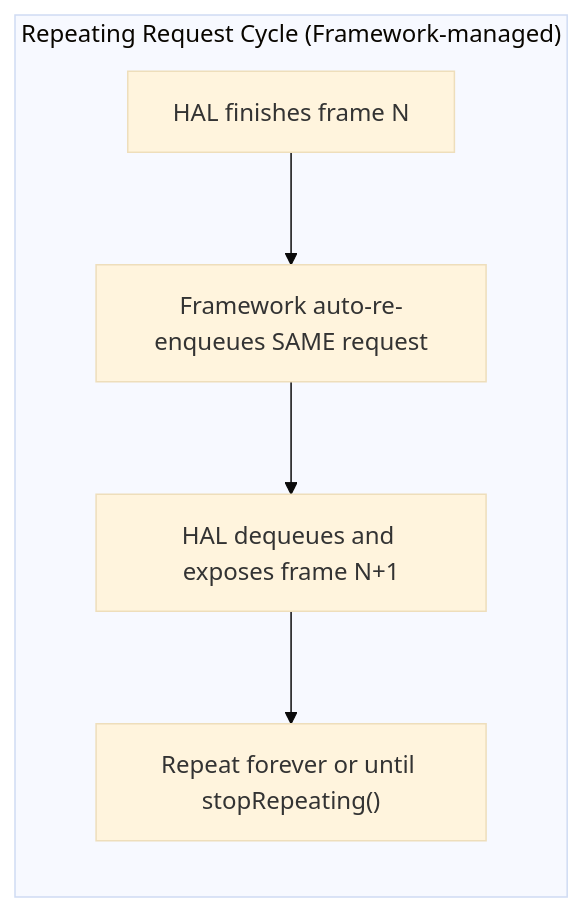
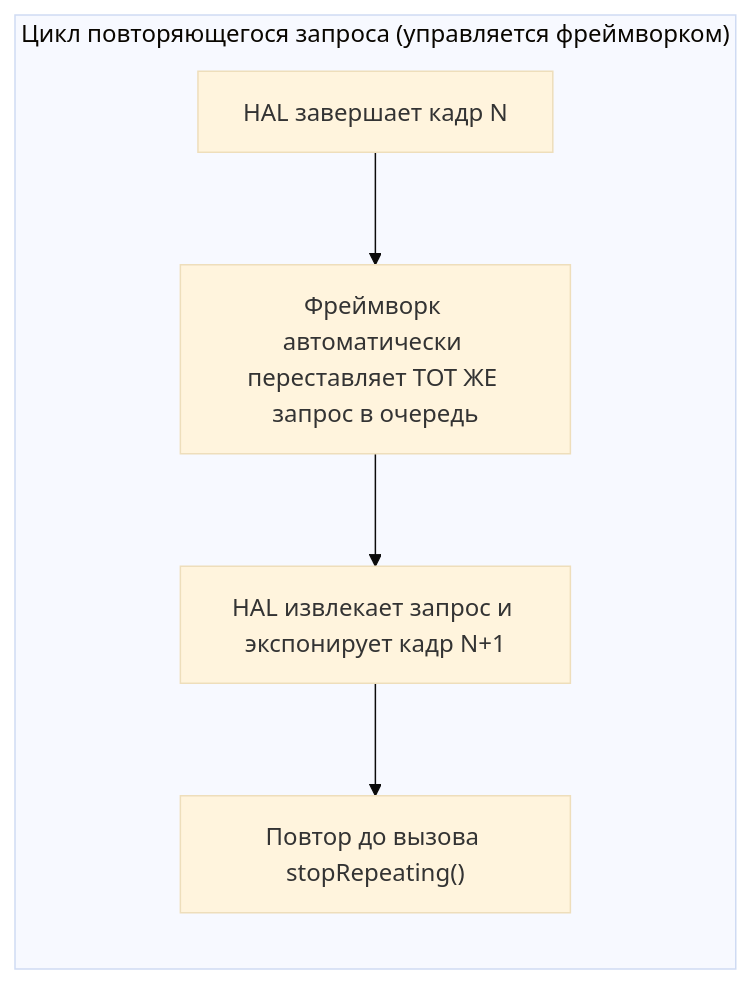
Before and after one commit to zoozooll/AndroidCameraParameters: the fourth of 6 diagrams in website/i18n/ru/docusaurus-plugin-content-docs/current/camera2/capture-types.md, drawn with Mermaid (base theme). The commit also changed other lines of this file and 378 other files, not shown here.

````diff
--- a/website/i18n/ru/docusaurus-plugin-content-docs/current/camera2/capture-types.md
+++ b/website/i18n/ru/docusaurus-plugin-content-docs/current/camera2/capture-types.md
@@ -289,11 +289,11 @@
 ```mermaid
 flowchart LR
-    subgraph RepeatingLoop ["Repeating Request Cycle (Framework-managed)"]
+    subgraph RepeatingLoop ["Цикл повторяющегося запроса (управляется фреймворком)"]
         direction TB
-        S1["HAL finishes frame N"] --> S2["Framework auto-re-enqueues SAME request"]
-        S2 --> S3["HAL dequeues and exposes frame N+1"]
-        S3 --> S4["Repeat forever or until stopRepeating()"]
+        S1["HAL завершает кадр N"] --> S2["Фреймворк автоматически переставляет ТОТ ЖЕ запрос в очередь"]
+        S2 --> S3["HAL извлекает запрос и экспонирует кадр N+1"]
+        S3 --> S4["Повтор до вызова stopRepeating()"]
     end
 
     RepeatingLoop
 ```
````
